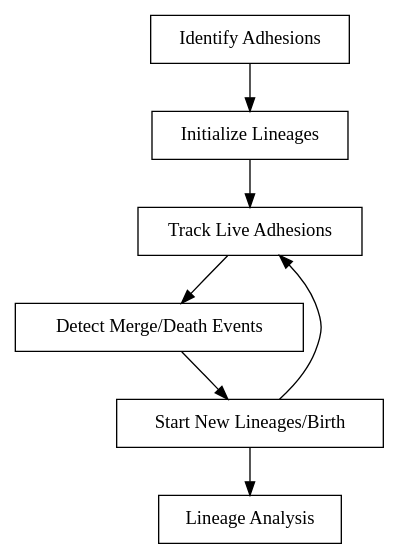
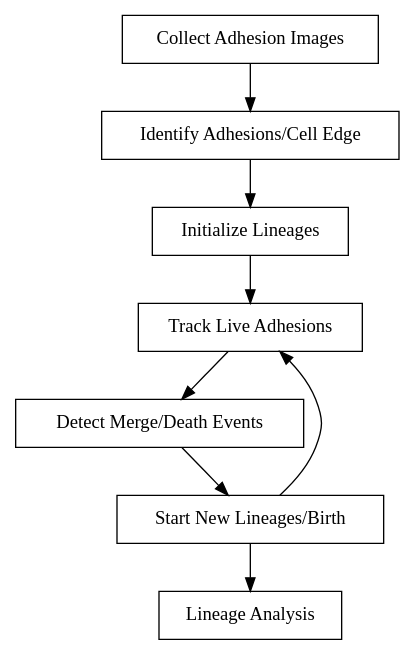
The diagram in doc/flow_charts/fa_workflow.dot (gomezlab/single_invado_analysis), drawn with Graphviz before and after one commit. The commit also changed 3 other files, not shown here.

```diff
--- a/doc/flow_charts/fa_workflow.dot
+++ b/doc/flow_charts/fa_workflow.dot
@@ -1,12 +1,14 @@
 digraph flow {
     margin = 0
+    fontname="Bitstream Vera Sans"
 
-    id [label = "Identify Adhesions", shape = box]
+    raw [label = "Collect Adhesion Images", shape = box]
+    id [label = "Identify Adhesions/Cell Edge", shape = box]
     init [label = "Initialize Lineages", shape = box]
     track [label = "Track Live Adhesions", shape = box]
     mdevents [label = "Detect Merge/Death Events", shape = box]
     birth [label = "Start New Lineages/Birth", shape = box]
     analysis [label = "Lineage Analysis", shape = box] 
 
-    id->init->track->mdevents->birth->{track analysis}
+    raw->id->init->track->mdevents->birth->{track analysis}
 }
```
